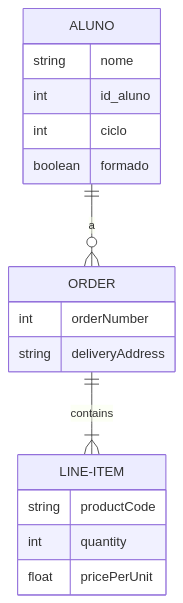
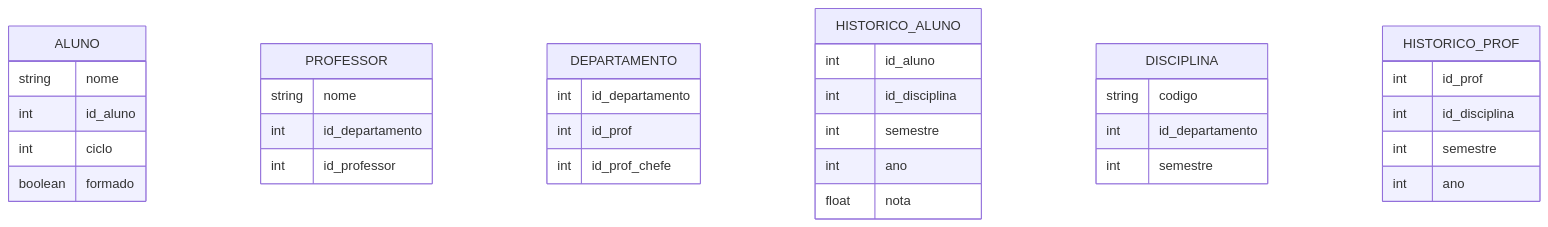
The diagram in README.md (wholocked1/Banco_de_dados), drawn with Mermaid before and after one commit.

````diff
--- a/README.md
+++ b/README.md
@@ -7,23 +7,41 @@
 ``` mermaid
 erDiagram
-    ALUNO ||--o{ ORDER :a
     ALUNO {
         string nome
         int id_aluno
         int ciclo
         boolean formado
     }
-    ORDER ||--|{ LINE-ITEM : contains
-    ORDER {
-        int orderNumber
-        string deliveryAddress
+    PROFESSOR {
+        string nome
+        int id_departamento
+        int id_professor
     }
-    LINE-ITEM {
-        string productCode
-        int quantity
-        float pricePerUnit
+    DEPARTAMENTO {
+        int id_departamento
+        int id_prof
+        int id_prof_chefe
     }
-
+    HISTORICO_ALUNO{
+        int id_aluno
+        int id_disciplina
+        int semestre
+        int ano
+        float nota
+    }
+    DISCIPLINA{
+        string codigo
+        int id_departamento
+        int semestre
+    }
+    HISTORICO_PROF{
+        int id_prof
+        int id_disciplina
+        int semestre
+        int ano
+    }
+    
+  
     
   
 ```
````
